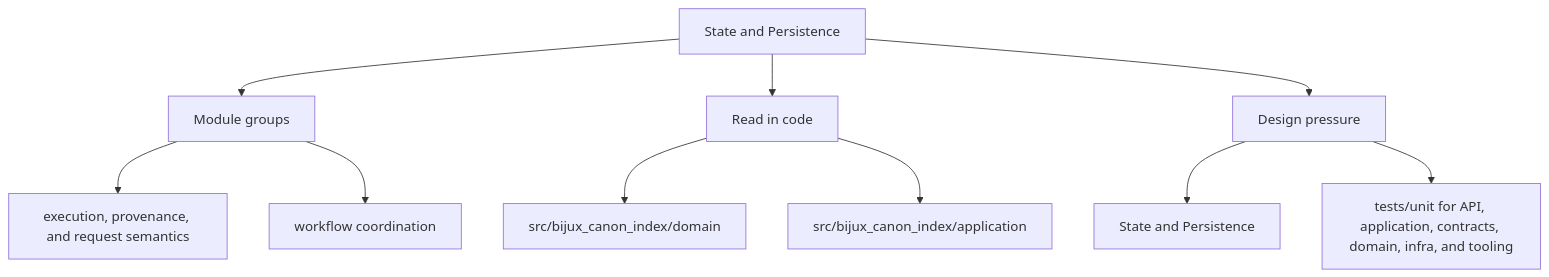
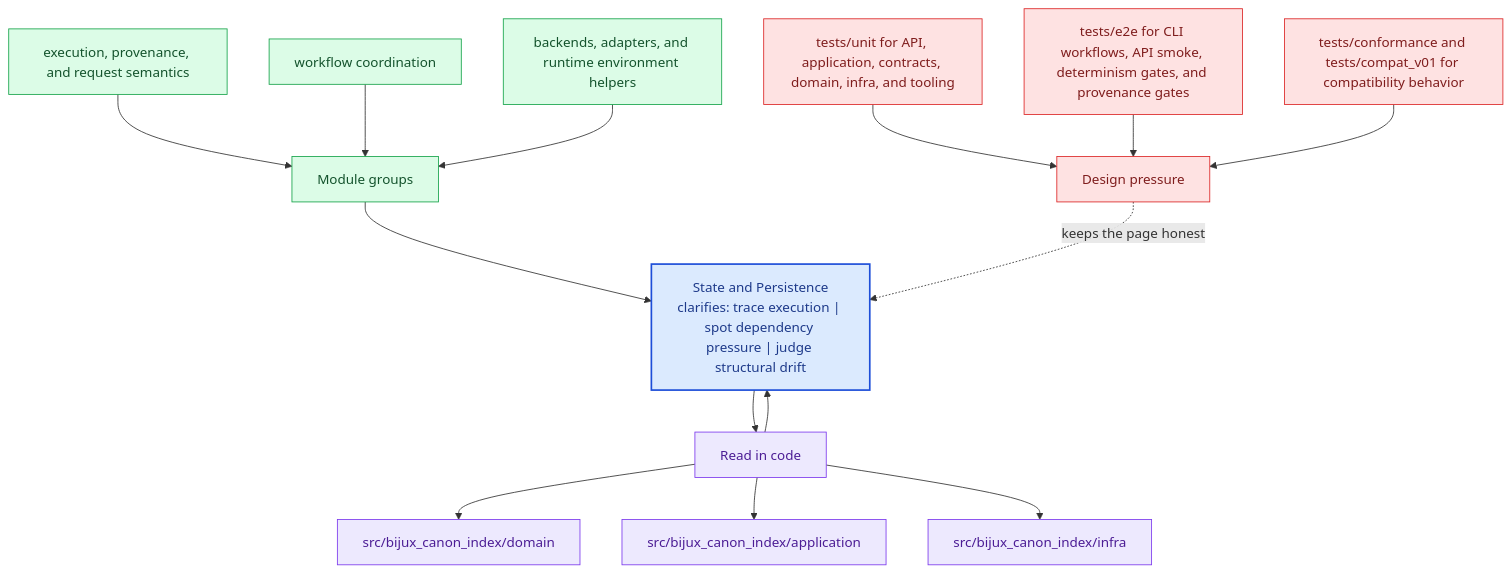
One commit to bijux/bijux-canon changed the second of 2 diagrams in docs/bijux-canon-index/architecture/state-and-persistence.md. Above: the diagram before and after it, drawn with Mermaid. The commit also changed other lines of this file and 281 other files, not shown here.

Commit message:
docs(diagrams): deepen handbook mermaid maps across the catalog

````diff
--- a/docs/bijux-canon-index/architecture/state-and-persistence.md
+++ b/docs/bijux-canon-index/architecture/state-and-persistence.md
@@ -35,22 +68,40 @@
 ```mermaid
-flowchart TD
-    page["State and Persistence"]
+flowchart TB
+    promise["State and Persistence<br/>clarifies: trace execution | spot dependency pressure | judge structural drift"]
+    classDef promise fill:#dbeafe,stroke:#1d4ed8,color:#1e3a8a,stroke-width:2px;
+    classDef driver fill:#dcfce7,stroke:#16a34a,color:#14532d;
+    classDef constraint fill:#fee2e2,stroke:#dc2626,color:#7f1d1d;
+    classDef ground fill:#ede9fe,stroke:#7c3aed,color:#4c1d95;
     focus1["Module groups"]
-    page --> focus1
+    focus1 --> promise
     focus1_1["execution, provenance, and request semantics"]
-    focus1 --> focus1_1
+    focus1_1 --> focus1
     focus1_2["workflow coordination"]
-    focus1 --> focus1_2
+    focus1_2 --> focus1
+    focus1_3["backends, adapters, and runtime environment helpers"]
+    focus1_3 --> focus1
+    class focus1 driver;
+    class focus1_1,focus1_2,focus1_3 driver;
     focus2["Read in code"]
-    page --> focus2
+    focus2 --> promise
+    promise --> focus2
     focus2_1["src/bijux_canon_index/domain"]
     focus2 --> focus2_1
     focus2_2["src/bijux_canon_index/application"]
     focus2 --> focus2_2
+    focus2_3["src/bijux_canon_index/infra"]
+    focus2 --> focus2_3
+    class focus2 ground;
+    class focus2_1,focus2_2,focus2_3 ground;
     focus3["Design pressure"]
-    page --> focus3
-    focus3_1["State and Persistence"]
-    focus3 --> focus3_1
-    focus3_2["tests/unit for API, application, contracts, domain, infra, and tooling"]
-    focus3 --> focus3_2
+    focus3 -.keeps the page honest.-> promise
+    focus3_1["tests/unit for API, application, contracts, domain, infra, and tooling"]
+    focus3_1 --> focus3
+    focus3_2["tests/e2e for CLI workflows, API smoke, determinism gates, and provenance gates"]
+    focus3_2 --> focus3
+    focus3_3["tests/conformance and tests/compat_v01 for compatibility behavior"]
+    focus3_3 --> focus3
+    class focus3 constraint;
+    class focus3_1,focus3_2,focus3_3 constraint;
+    class promise promise;
 ```
````
